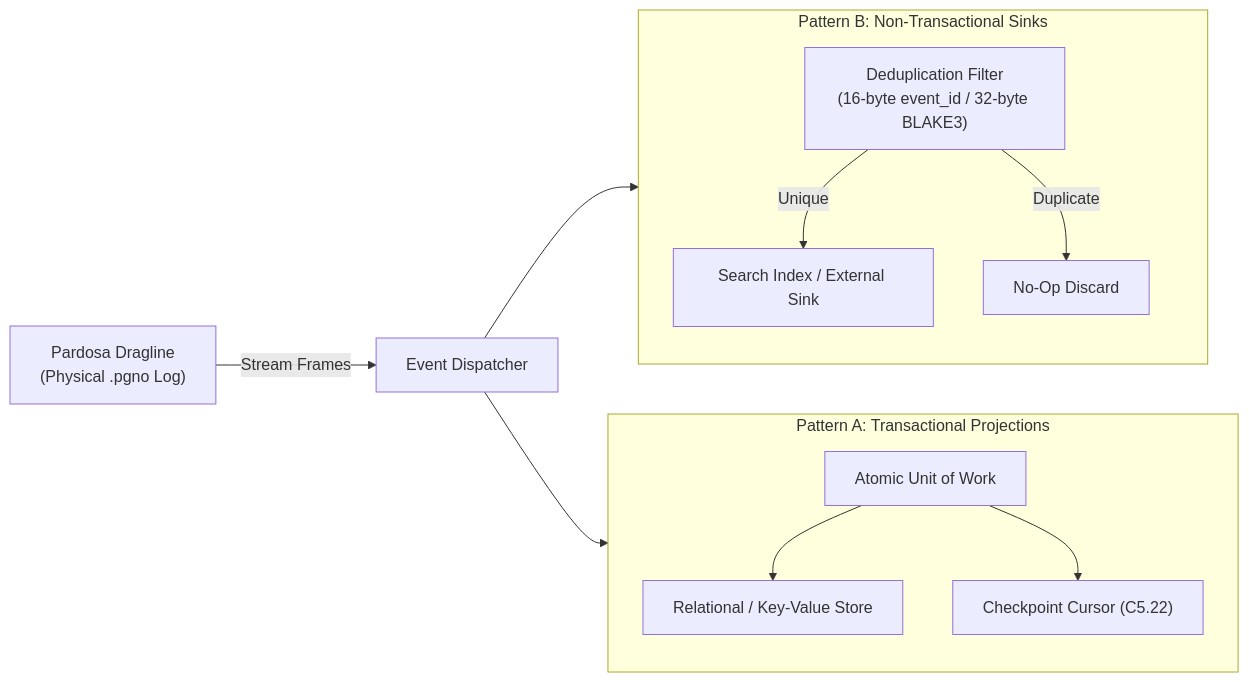
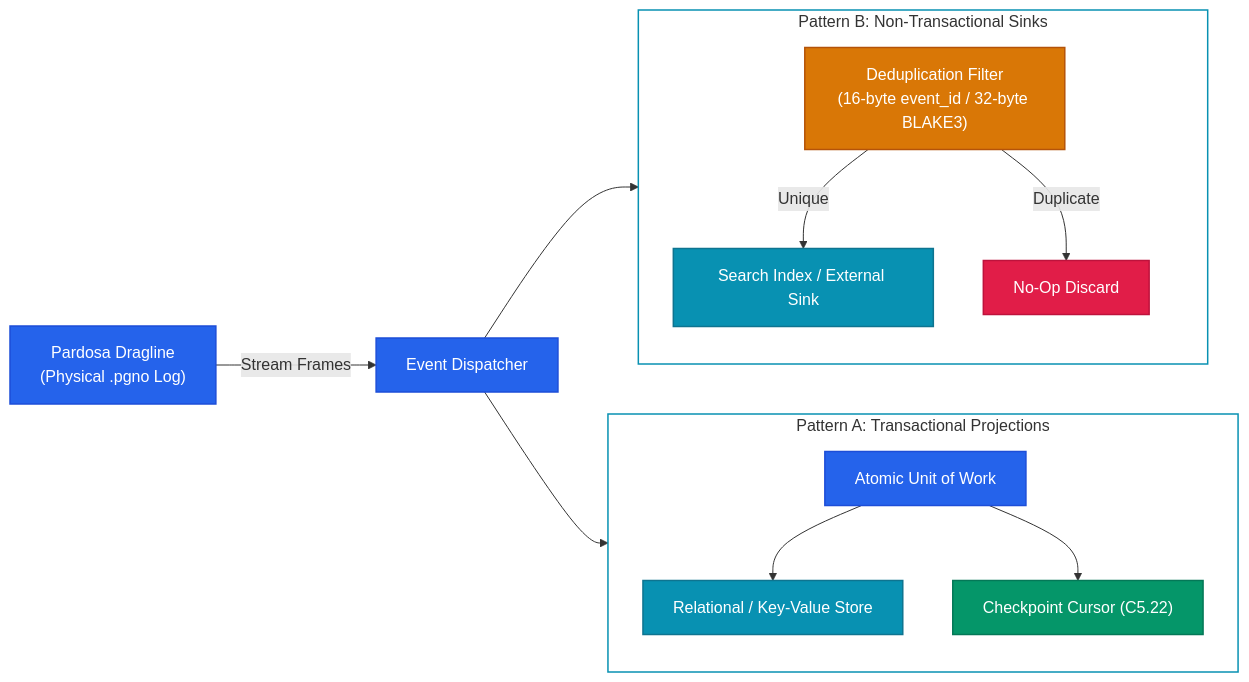
One commit to acje/acje.github.io changed the fifth of 5 diagrams in content/projects/pardosa/index.md. Above: the diagram before and after it, drawn with Mermaid. The commit also changed other lines of this file and 2 other files, not shown here.

Commit message:
Modernize and unify Mermaid diagram color schemes across project presentations

````diff
--- a/content/projects/pardosa/index.md
+++ b/content/projects/pardosa/index.md
@@ -308,24 +347,39 @@
 ```mermaid
 flowchart LR
     PARDOSA["Pardosa Dragline<br/>(Physical .pgno Log)"] -->|Stream Frames| DISPATCH["Event Dispatcher"]
 
     subgraph ConsumerTransactional ["Pattern A: Transactional Projections"]
         direction TB
         TX["Atomic Unit of Work"]
         STORE_A["Relational / Key-Value Store"]
         CURSOR_A["Checkpoint Cursor (C5.22)"]
         TX --> STORE_A
         TX --> CURSOR_A
     end
 
     subgraph ConsumerIdempotent ["Pattern B: Non-Transactional Sinks"]
         direction TB
         DEDUP["Deduplication Filter<br/>(16-byte event_id / 32-byte BLAKE3)"]
         STORE_B["Search Index / External Sink"]
         DEDUP -->|Unique| STORE_B
         DEDUP -->|Duplicate| DROP["No-Op Discard"]
     end
 
     DISPATCH --> TX
     DISPATCH --> DEDUP
+
+    classDef blue fill:#2563eb,stroke:#1d4ed8,stroke-width:1.5px,color:#ffffff
+    classDef cyan fill:#0891b2,stroke:#0e7490,stroke-width:1.5px,color:#ffffff
+    classDef green fill:#059669,stroke:#047857,stroke-width:1.5px,color:#ffffff
+    classDef amber fill:#d97706,stroke:#b45309,stroke-width:1.5px,color:#ffffff
+    classDef rose fill:#e11d48,stroke:#be123c,stroke-width:1.5px,color:#ffffff
+
+    class PARDOSA,DISPATCH,TX blue
+    class STORE_A,STORE_B cyan
+    class CURSOR_A green
+    class DEDUP amber
+    class DROP rose
+
+    style ConsumerTransactional fill:transparent,stroke:#0891b2,stroke-width:1.5px
+    style ConsumerIdempotent fill:transparent,stroke:#0891b2,stroke-width:1.5px
 ```
````
